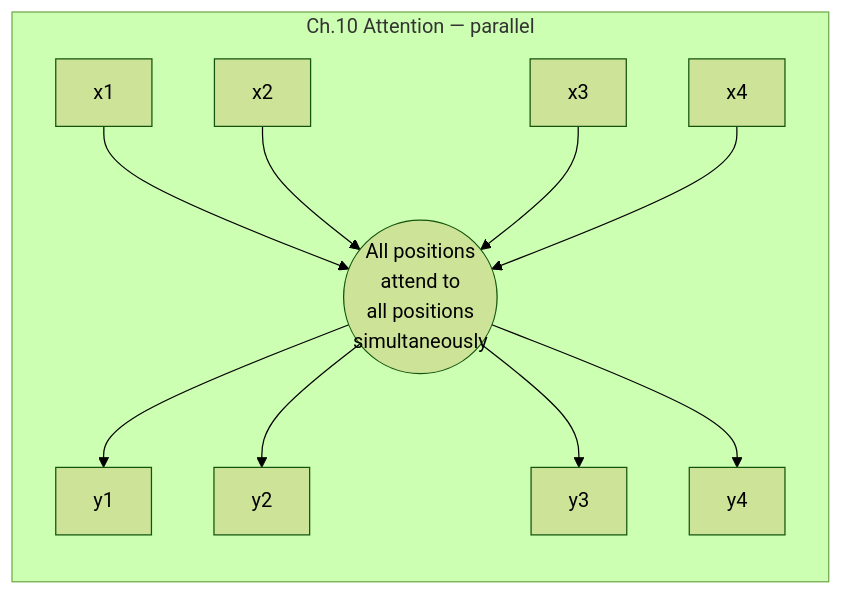
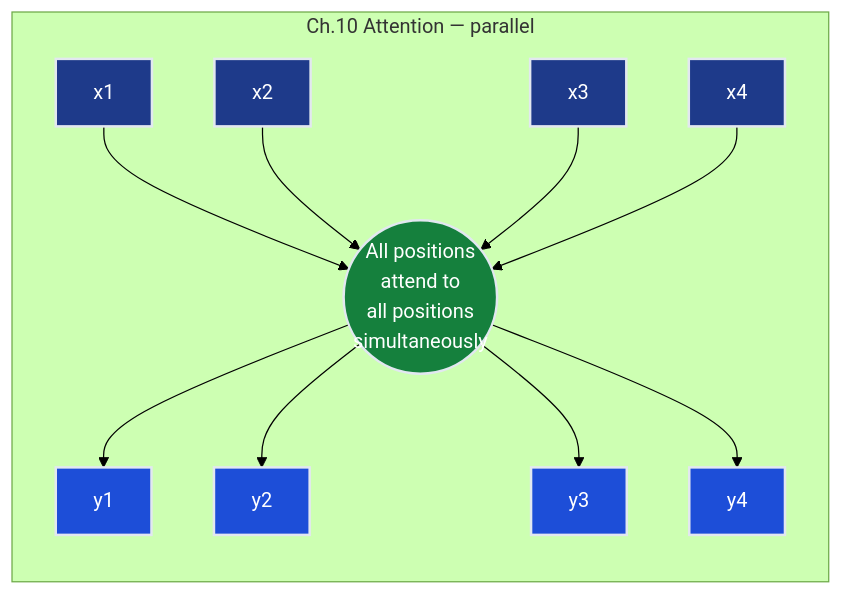
One commit to deepakshamsft/ai-portfolio changed the second of 4 diagrams in notes/ML/03_neural_networks/ch09_sequences_to_attention/README.md. Above: the diagram before and after it, drawn with Mermaid (forest theme). The commit also changed other lines of this file and 41 other files, not shown here.

````diff
--- a/notes/ML/03_neural_networks/ch09_sequences_to_attention/README.md
+++ b/notes/ML/03_neural_networks/ch09_sequences_to_attention/README.md
@@ -220,13 +238,23 @@
 ```mermaid
 flowchart LR
- subgraph ATT["Ch.10 Attention — parallel"]
- A1["x1"] --> ALL((All positions<br/>attend to<br/>all positions<br/>simultaneously))
- A2["x2"] --> ALL
- A3["x3"] --> ALL
- A4["x4"] --> ALL
- ALL --> O1["y1"]
- ALL --> O2["y2"]
- ALL --> O3["y3"]
- ALL --> O4["y4"]
- end
+    subgraph ATT["Ch.10 Attention — parallel"]
+        A1["x1"] --> ALL((All positions<br/>attend to<br/>all positions<br/>simultaneously))
+        A2["x2"] --> ALL
+        A3["x3"] --> ALL
+        A4["x4"] --> ALL
+        ALL --> O1["y1"]
+        ALL --> O2["y2"]
+        ALL --> O3["y3"]
+        ALL --> O4["y4"]
+    end
+    
+    style A1 fill:#1e3a8a,stroke:#e2e8f0,stroke-width:2px,color:#ffffff
+    style A2 fill:#1e3a8a,stroke:#e2e8f0,stroke-width:2px,color:#ffffff
+    style A3 fill:#1e3a8a,stroke:#e2e8f0,stroke-width:2px,color:#ffffff
+    style A4 fill:#1e3a8a,stroke:#e2e8f0,stroke-width:2px,color:#ffffff
+    style ALL fill:#15803d,stroke:#e2e8f0,stroke-width:2px,color:#ffffff
+    style O1 fill:#1d4ed8,stroke:#e2e8f0,stroke-width:2px,color:#ffffff
+    style O2 fill:#1d4ed8,stroke:#e2e8f0,stroke-width:2px,color:#ffffff
+    style O3 fill:#1d4ed8,stroke:#e2e8f0,stroke-width:2px,color:#ffffff
+    style O4 fill:#1d4ed8,stroke:#e2e8f0,stroke-width:2px,color:#ffffff
 ```
````
